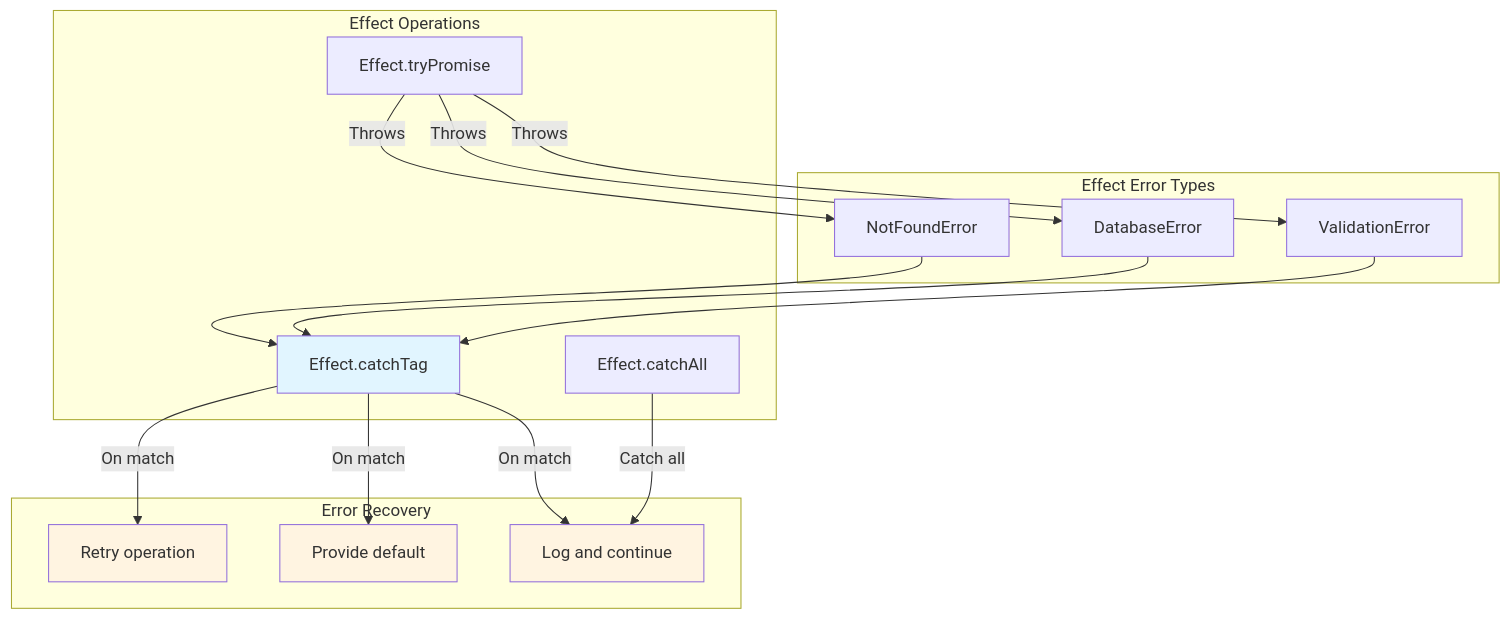
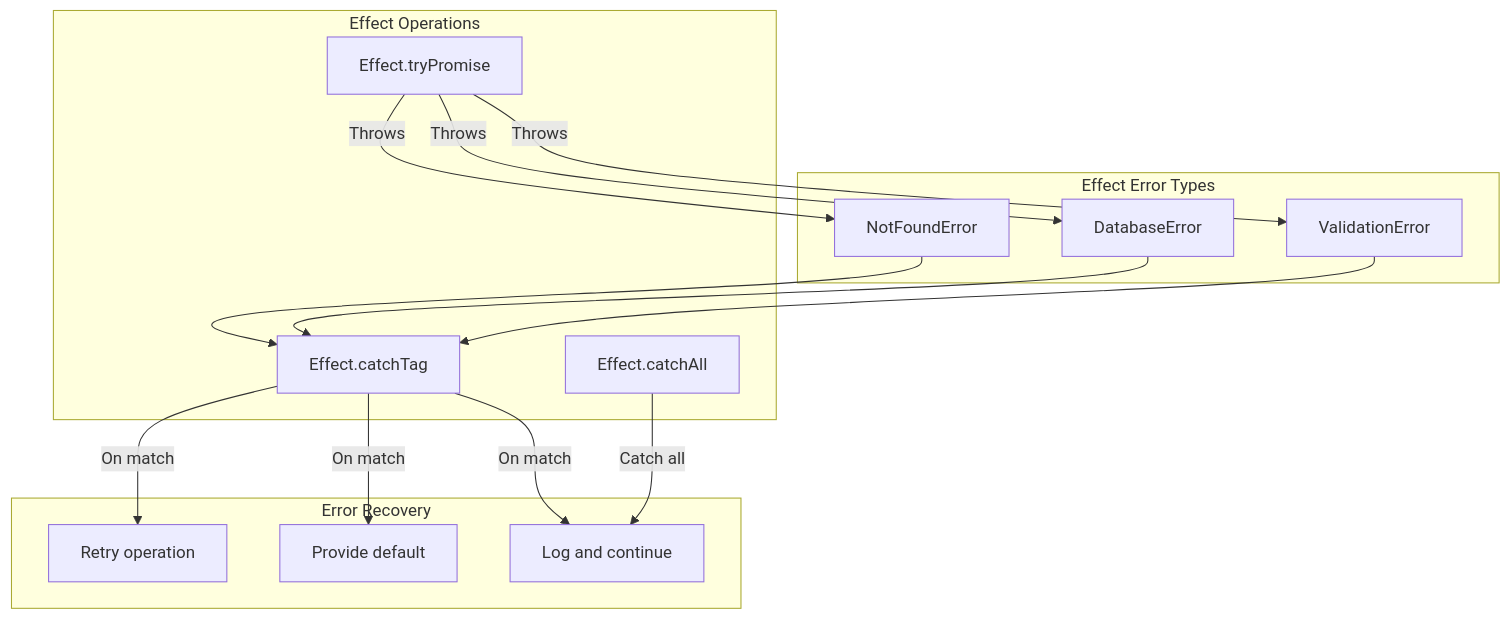
One commit to DaxServer/geocode-commons-categories changed the ninth of 19 diagrams in docs/import/error-handling.md. Above: the diagram before and after it, drawn with Mermaid. The commit also changed other lines of this file and 5 other files, not shown here.

````diff
--- a/docs/import/error-handling.md
+++ b/docs/import/error-handling.md
@@ -371,39 +357,35 @@
 ```mermaid
 graph TB
     subgraph "Effect Error Types"
         E1[NotFoundError]
         E2[DatabaseError]
         E3[ValidationError]
     end
 
     subgraph "Effect Operations"
         OP1[Effect.tryPromise]
         OP2[Effect.catchTag]
         OP3[Effect.catchAll]
     end
 
     subgraph "Error Recovery"
         R1[Retry operation]
         R2[Provide default]
         R3[Log and continue]
     end
 
     E1 --> OP2
     E2 --> OP2
     E3 --> OP2
 
     OP1 -->|Throws| E1
     OP1 -->|Throws| E2
     OP1 -->|Throws| E3
 
     OP2 -->|On match| R1
     OP2 -->|On match| R2
     OP2 -->|On match| R3
 
     OP3 -->|Catch all| R3
 
-    style OP2 fill:#e1f5ff
-    style R1 fill:#fff4e1
-    style R2 fill:#fff4e1
-    style R3 fill:#fff4e1
 ```
````
